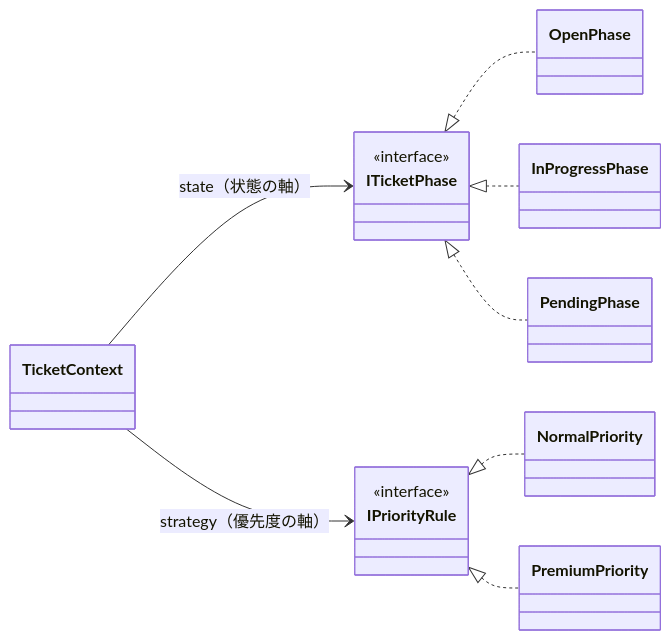
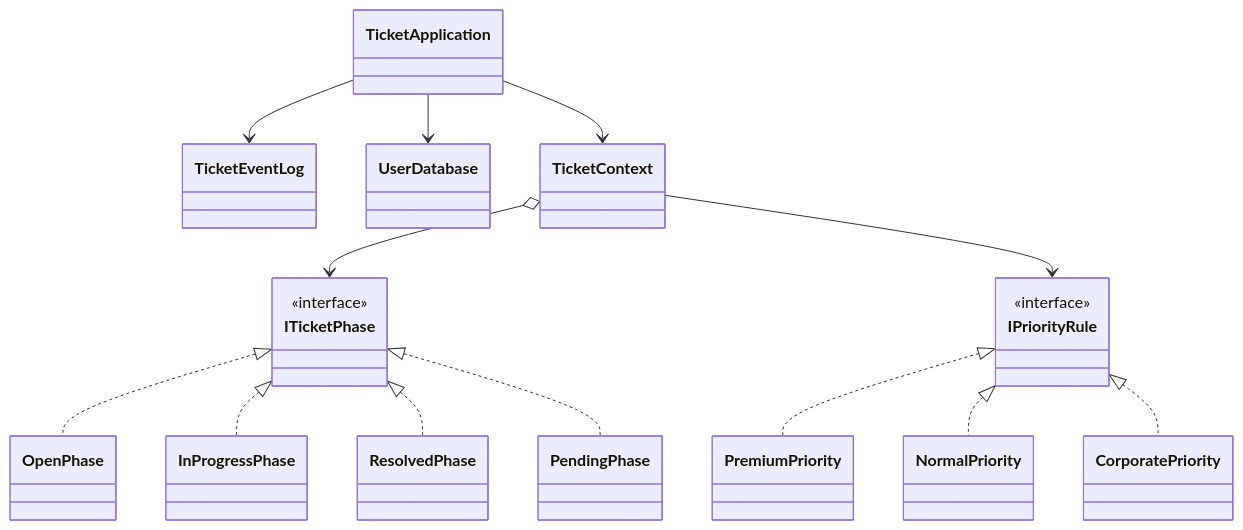
Before and after one commit to kumachan1101-pixel/DesignPattern: the eighth of 14 diagrams in kindle/design-patterns/output/chapter09_2.md, drawn with Mermaid. The commit also changed other lines of this file and 19 other files, not shown here.

````diff
--- a/kindle/design-patterns/output/chapter09_2.md
+++ b/kindle/design-patterns/output/chapter09_2.md
@@ -1187,13 +1000,28 @@
 ```mermaid
 classDiagram
-    direction LR
+    class TicketApplication
+    class TicketEventLog
+    class UserDatabase
+    class TicketContext
     class ITicketPhase { <<interface>> }
+    class OpenPhase
+    class InProgressPhase
+    class ResolvedPhase
+    class PendingPhase
     class IPriorityRule { <<interface>> }
-    TicketContext --> ITicketPhase : state（状態の軸）
-    TicketContext --> IPriorityRule : strategy（優先度の軸）
+    class PremiumPriority
+    class NormalPriority
+    class CorporatePriority
+    TicketContext o--> ITicketPhase
     ITicketPhase <|.. OpenPhase
     ITicketPhase <|.. InProgressPhase
+    ITicketPhase <|.. ResolvedPhase
     ITicketPhase <|.. PendingPhase
+    TicketContext --> IPriorityRule
+    IPriorityRule <|.. PremiumPriority
     IPriorityRule <|.. NormalPriority
-    IPriorityRule <|.. PremiumPriority
+    IPriorityRule <|.. CorporatePriority
+    TicketApplication --> TicketContext
+    TicketApplication --> TicketEventLog
+    TicketApplication --> UserDatabase
 ```
````
